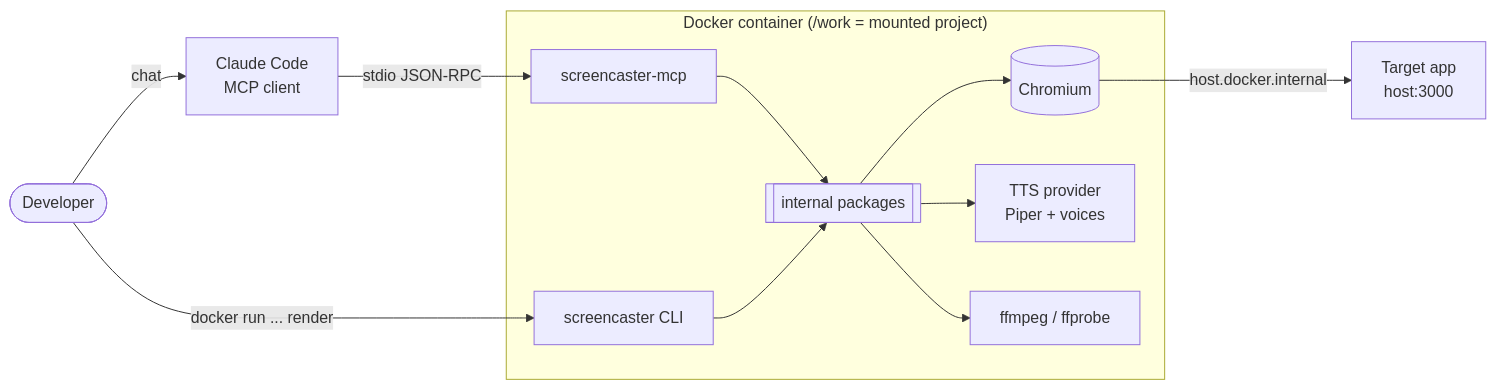
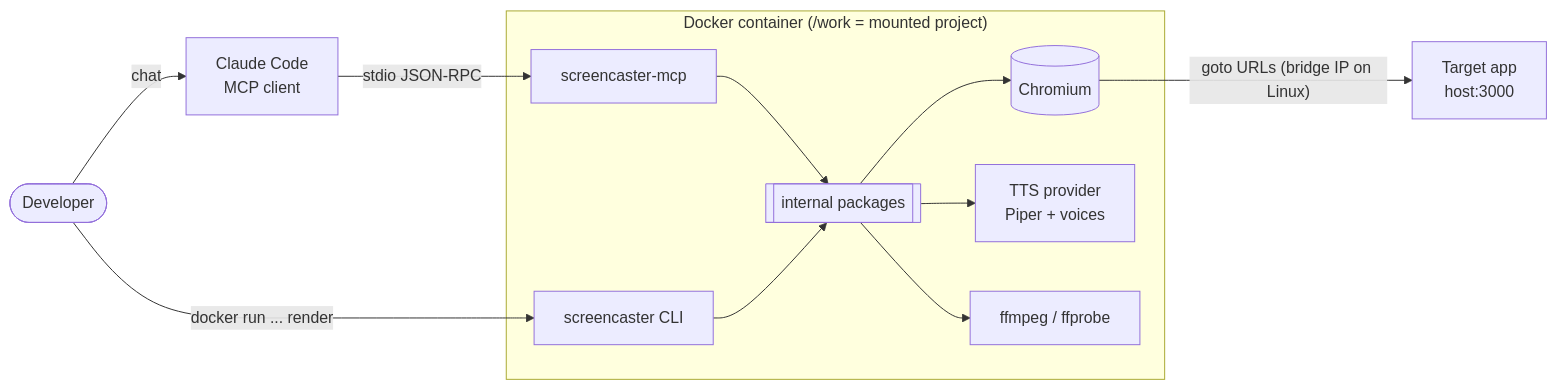
One commit to makuchpatryk/screencaster changed the first of 3 diagrams in docs/ARCHITECTURE.md. Above: the diagram before and after it, drawn with Mermaid. The commit also changed other lines of this file and 87 other files, not shown here.

Commit message:
Remove baseUrl, require absolute goto URLs

````diff
--- a/docs/ARCHITECTURE.md
+++ b/docs/ARCHITECTURE.md
@@ -22,24 +22,24 @@
 ```mermaid
 flowchart LR
     Dev([Developer])
     CC[Claude Code<br/>MCP client]
     subgraph Docker["Docker container (/work = mounted project)"]
         MCP[screencaster-mcp]
         CLI[screencaster CLI]
         Core[[internal packages]]
         Chromium[(Chromium)]
         TTS[TTS provider<br/>Piper + voices]
         FF[ffmpeg / ffprobe]
     end
     App[Target app<br/>host:3000]
 
     Dev -- chat --> CC
     Dev -- docker run ... render --> CLI
     CC -- stdio JSON-RPC --> MCP
     MCP --> Core
     CLI --> Core
     Core --> Chromium
     Core --> TTS
     Core --> FF
-    Chromium -- host.docker.internal --> App
+    Chromium -- "goto URLs (bridge IP on Linux)" --> App
 ```
````
